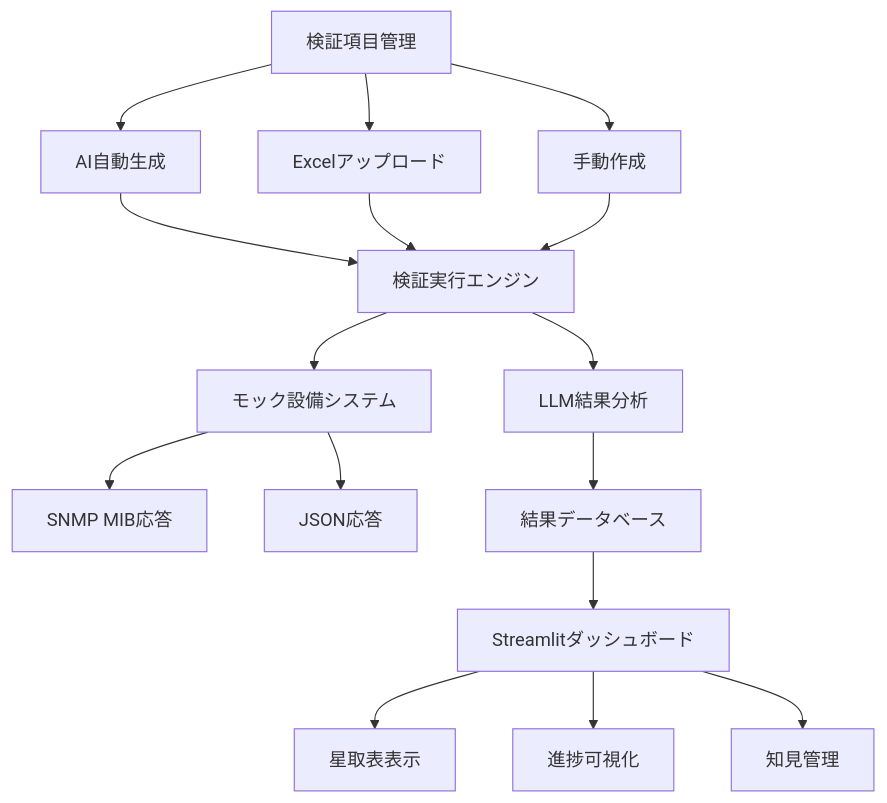
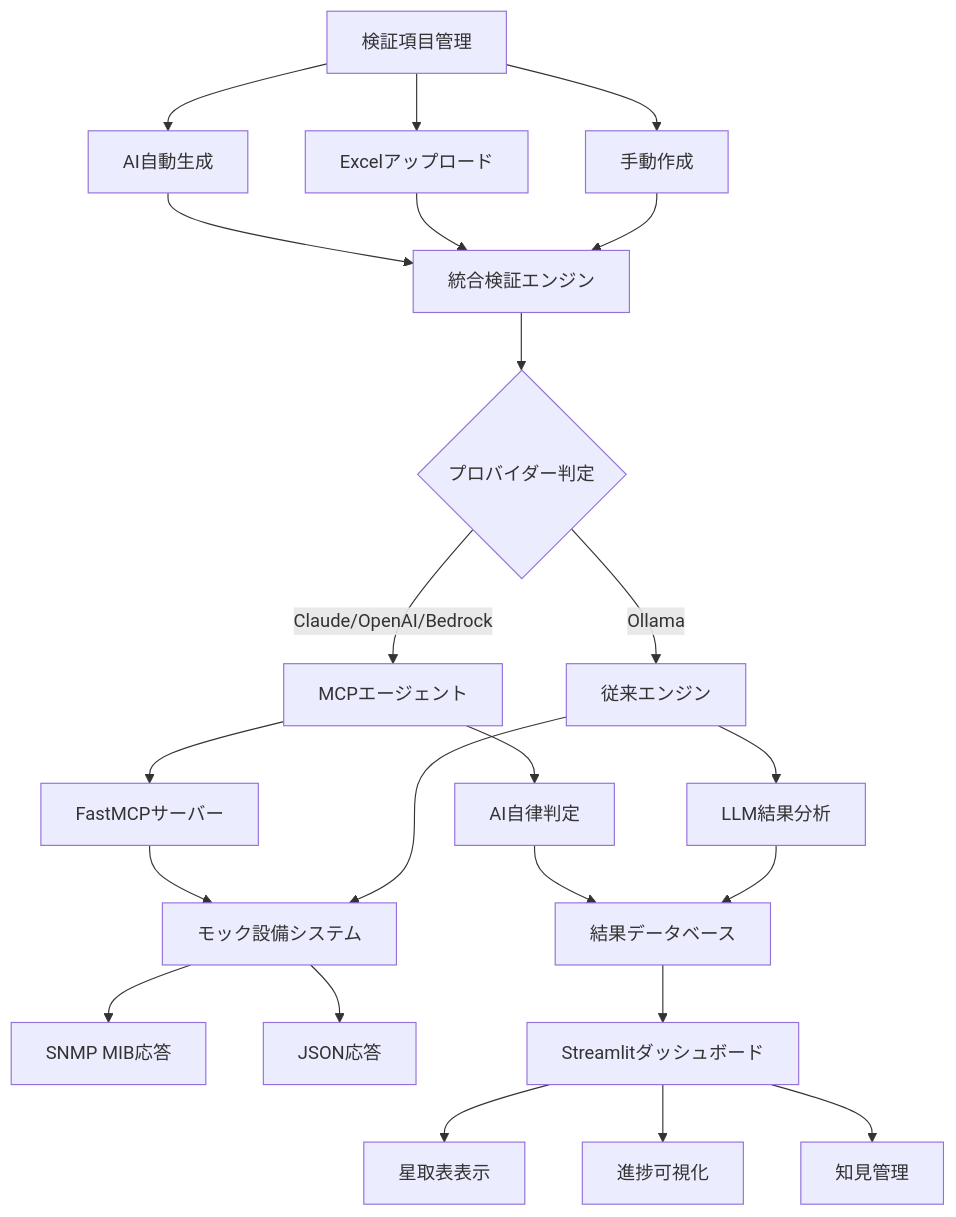
One commit to shhayash-work/lab-auto-app changed the diagram in README.md. Above: the diagram before and after it, drawn with Mermaid. The commit also changed other lines of this file and 9 other files, not shown here.

````diff
--- a/README.md
+++ b/README.md
@@ -22,22 +24,32 @@
 ```mermaid
 graph TD
     A[検証項目管理] --> B[AI自動生成]
     A --> C[Excelアップロード]
     A --> D[手動作成]
     
-    B --> E[検証実行エンジン]
+    B --> E[統合検証エンジン]
     C --> E
     D --> E
     
-    E --> F[モック設備システム]
-    F --> G[SNMP MIB応答]
-    F --> H[JSON応答]
+    E --> F{プロバイダー判定}
+    F -->|Claude/OpenAI/Bedrock| G[MCPエージェント]
+    F -->|Ollama| H[従来エンジン]
     
-    E --> I[LLM結果分析]
-    I --> J[結果データベース]
+    G --> I[FastMCPサーバー]
+    I --> J[モック設備システム]
+    H --> J
     
-    J --> K[Streamlitダッシュボード]
-    K --> L[星取表表示]
-    K --> M[進捗可視化]
-    K --> N[知見管理]
+    J --> K[SNMP MIB応答]
+    J --> L[JSON応答]
+    
+    G --> M[AI自律判定]
+    H --> N[LLM結果分析]
+    
+    M --> O[結果データベース]
+    N --> O
+    
+    O --> P[Streamlitダッシュボード]
+    P --> Q[星取表表示]
+    P --> R[進捗可視化]
+    P --> S[知見管理]
 ```
````
